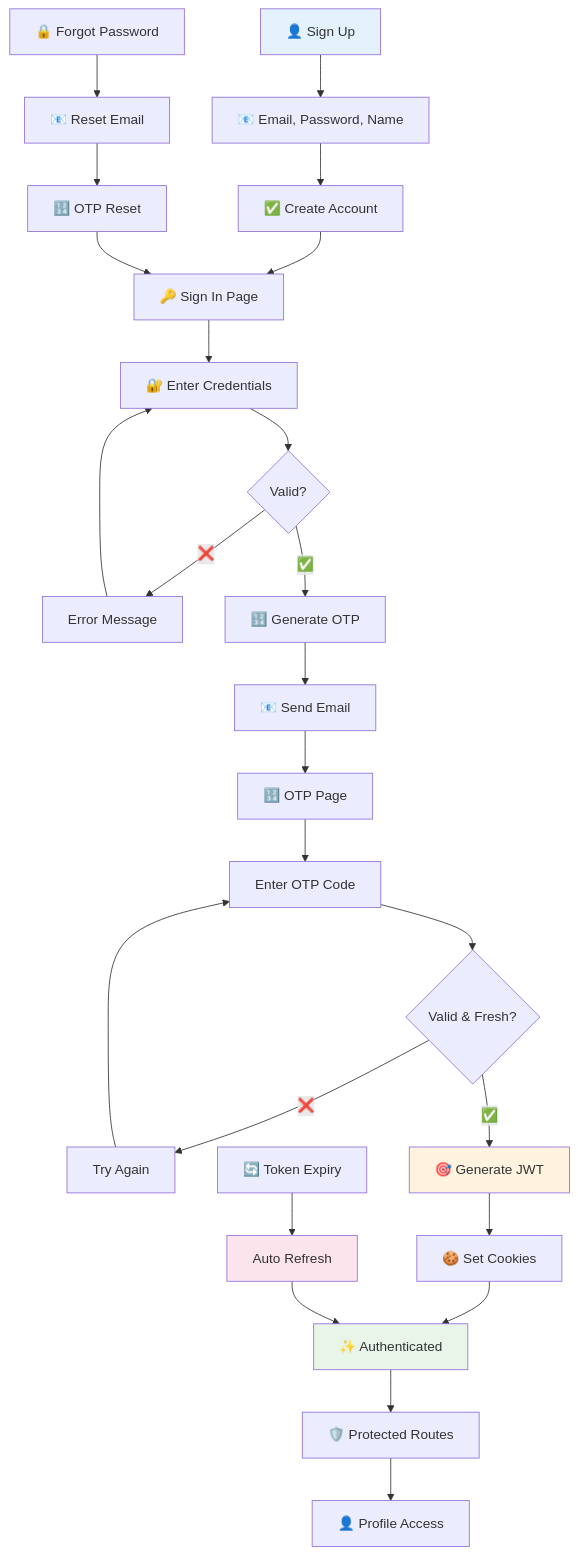
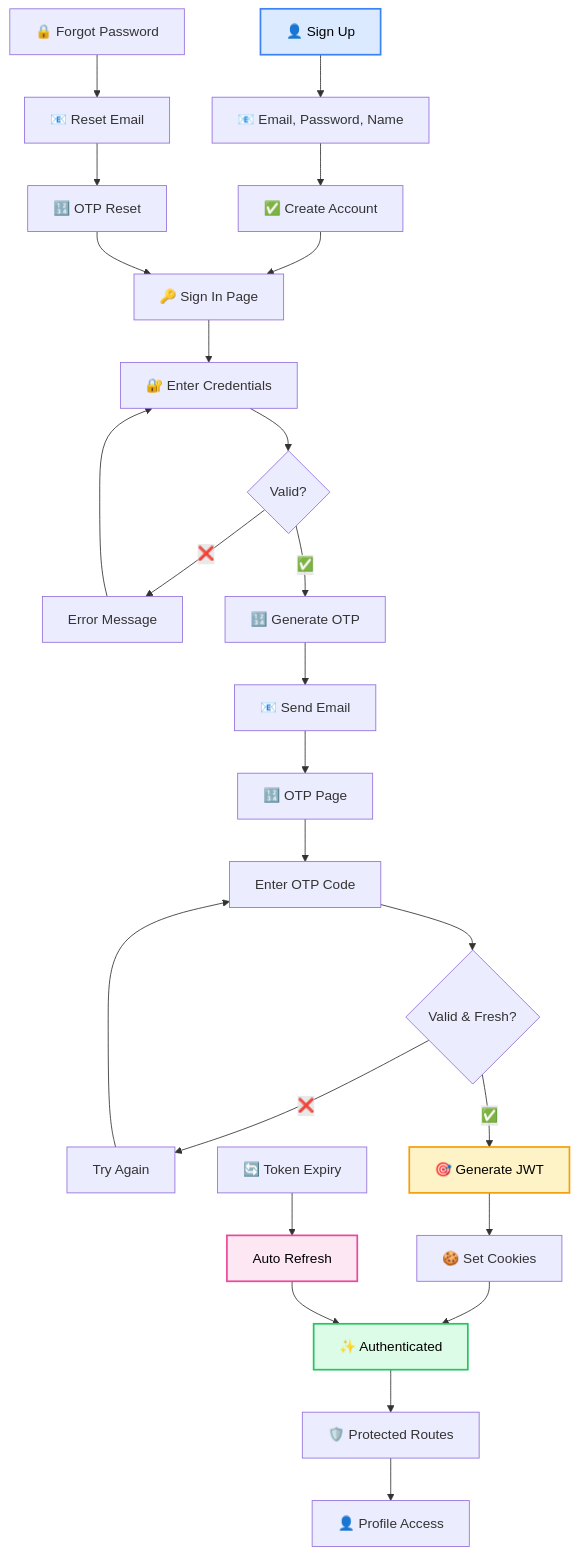
The diagram in README.md (sinanptm/full-stack-template), drawn with Mermaid before and after one commit.

````diff
--- a/README.md
+++ b/README.md
@@ -25,37 +25,37 @@
 ```mermaid
 graph TB
     A[👤 Sign Up] --> B[📧 Email, Password, Name]
     B --> C[✅ Create Account]
     C --> D[🔑 Sign In Page]
     
     D --> E[🔐 Enter Credentials]
     E --> F{Valid?}
     F -->|❌| G[Error Message]
     G --> E
     F -->|✅| H[🔢 Generate OTP]
     H --> I[📧 Send Email]
     I --> J[🔢 OTP Page]
     
     J --> K[Enter OTP Code]
     K --> L{Valid & Fresh?}
     L -->|❌| M[Try Again]
     M --> K
     L -->|✅| N[🎯 Generate JWT]
     N --> O[🍪 Set Cookies]
     O --> P[✨ Authenticated]
     
     P --> Q[🛡️ Protected Routes]
     Q --> R[👤 Profile Access]
     
     S[🔄 Token Expiry] --> T[Auto Refresh]
     T --> P
     
     U[🔒 Forgot Password] --> V[📧 Reset Email]
     V --> W[🔢 OTP Reset]
     W --> D
     
-    style A fill:#e3f2fd
-    style P fill:#e8f5e8
-    style N fill:#fff3e0
-    style T fill:#fce4ec
+    style A fill:#dbeafe,stroke:#3b82f6,stroke-width:2px,color:#000000
+    style P fill:#dcfce7,stroke:#22c55e,stroke-width:2px,color:#000000
+    style N fill:#fef3c7,stroke:#f59e0b,stroke-width:2px,color:#000000
+    style T fill:#fce7f3,stroke:#ec4899,stroke-width:2px,color:#000000
 ```
````
